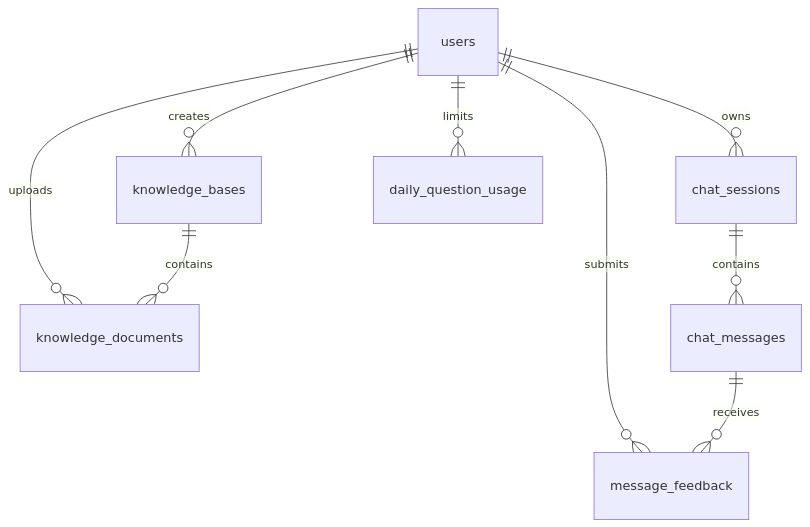
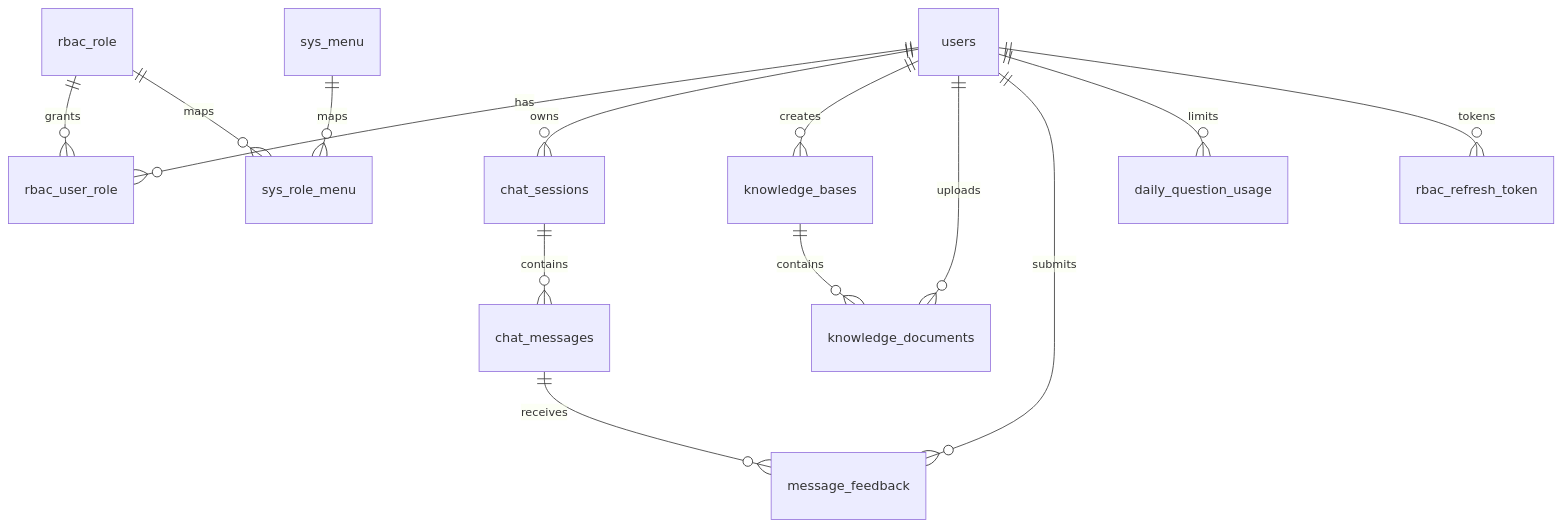
Before and after one commit to tangyu1719/haici-intelligent-customer-service: the diagram in docs/数据库设计.md, drawn with Mermaid. The commit also changed other lines of this file and 7 other files, not shown here.

First line of the commit message:
feat(db): 规范化全量 schema 与迁移脚本

````diff
--- a/docs/数据库设计.md
+++ b/docs/数据库设计.md
@@ -5,11 +25,16 @@
 ```mermaid
 erDiagram
+    users ||--o{ rbac_user_role : has
+    rbac_role ||--o{ rbac_user_role : grants
+    rbac_role ||--o{ sys_role_menu : maps
+    sys_menu ||--o{ sys_role_menu : maps
     users ||--o{ chat_sessions : owns
     users ||--o{ knowledge_bases : creates
     users ||--o{ knowledge_documents : uploads
     users ||--o{ message_feedback : submits
     users ||--o{ daily_question_usage : limits
+    users ||--o{ rbac_refresh_token : tokens
     chat_sessions ||--o{ chat_messages : contains
     chat_messages ||--o{ message_feedback : receives
     knowledge_bases ||--o{ knowledge_documents : contains
 ```
````
